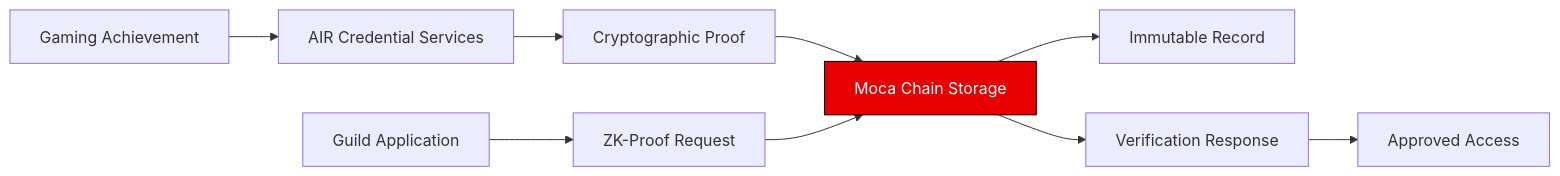
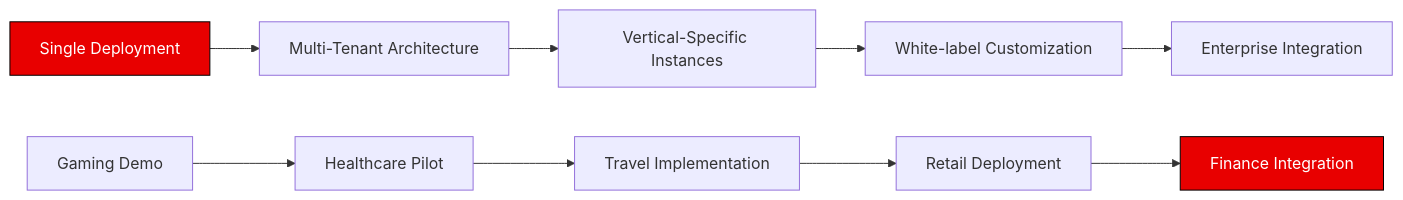
One commit to M4N4N22/MocaPassport changed the third of 3 diagrams in README.md. Above: the diagram before and after it, drawn with Mermaid. The commit also changed other lines of this file, not shown here.

````diff
--- a/README.md
+++ b/README.md
@@ -126,14 +172,15 @@
 ```mermaid
 graph LR
-    A[Gaming Achievement] --> B[AIR Credential Services]
-    B --> C[Cryptographic Proof]
-    C --> D[Moca Chain Storage]
-    D --> E[Immutable Record]
+    A[Single Deployment] --> B[Multi-Tenant Architecture]
+    B --> C[Vertical-Specific Instances]
+    C --> D[White-label Customization]
+    D --> E[Enterprise Integration]
     
-    F[Guild Application] --> G[ZK-Proof Request]
-    G --> D
-    D --> H[Verification Response]
-    H --> I[Approved Access]
+    F[Gaming Demo] --> G[Healthcare Pilot]
+    G --> H[Travel Implementation]
+    H --> I[Retail Deployment]
+    I --> J[Finance Integration]
     
-    style D fill:#E80000,stroke:#000,color:#fff
+    style A fill:#E80000,stroke:#000,color:#fff
+    style J fill:#E80000,stroke:#000,color:#fff
 ```
````
